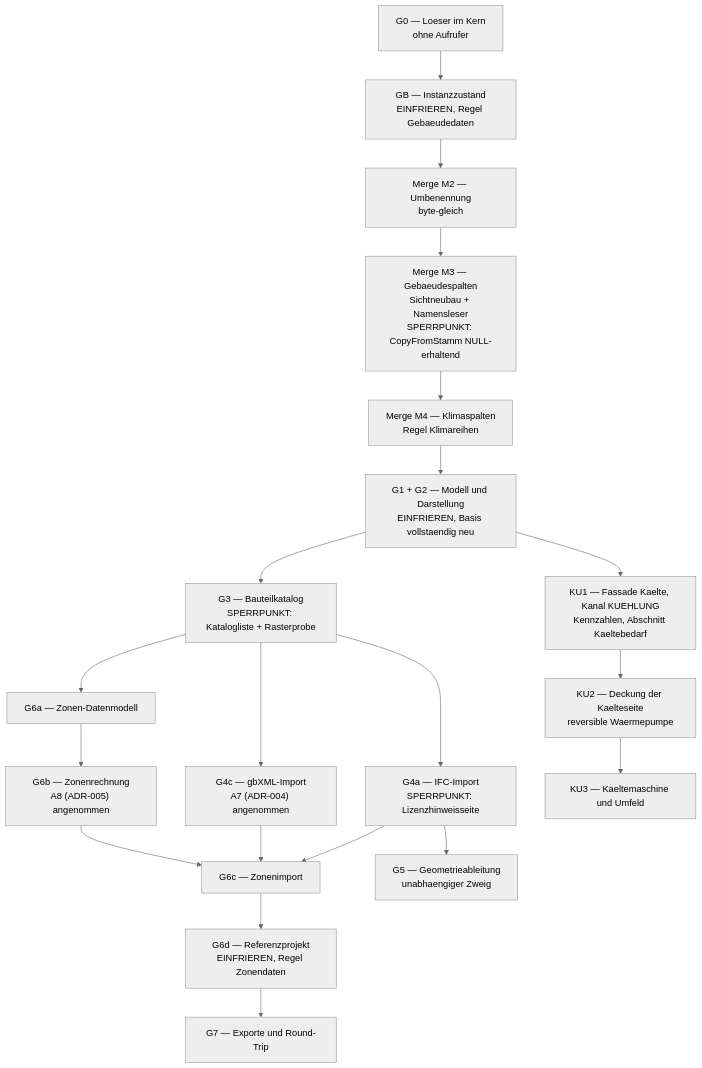
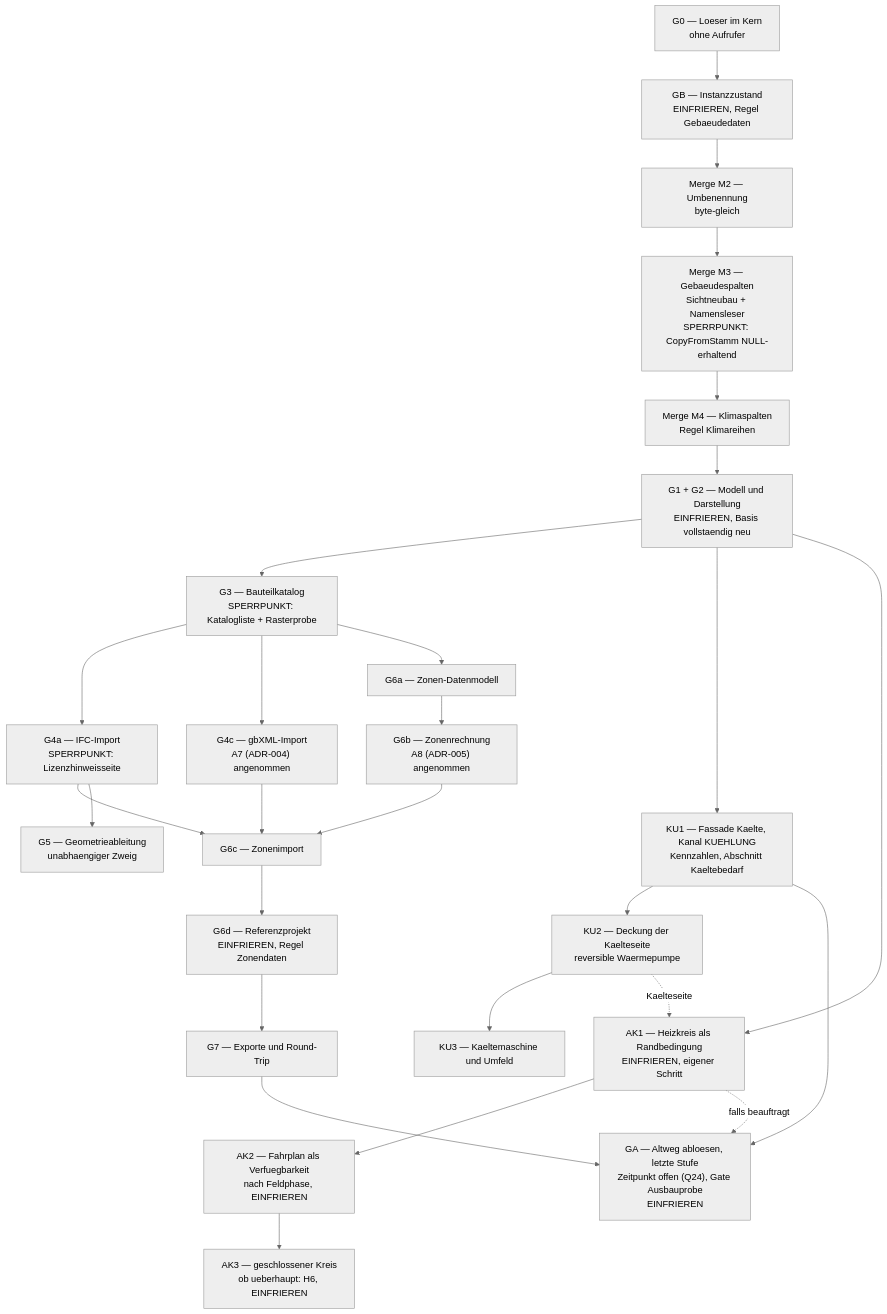
Before and after one commit to inekon/EPOS-Plan: diagram 16 of 16 in Dokumentation/aktuell/Softwarearchitektur_Gebaeudesimulation_EPOS-Plan.md, drawn with Mermaid (neutral theme). The commit also changed other lines of this file and 15 other files, not shown here.

````diff
--- a/Dokumentation/aktuell/Softwarearchitektur_Gebaeudesimulation_EPOS-Plan.md
+++ b/Dokumentation/aktuell/Softwarearchitektur_Gebaeudesimulation_EPOS-Plan.md
@@ -2122,22 +2140,29 @@
 ```mermaid
 flowchart TB
   G0["G0 — Loeser im Kern<br/>ohne Aufrufer"] --> GB["GB — Instanzzustand<br/>EINFRIEREN, Regel Gebaeudedaten"]
   GB --> M2["Merge M2 — Umbenennung<br/>byte-gleich"]
   M2 --> M3["Merge M3 — Gebaeudespalten<br/>Sichtneubau + Namensleser<br/>SPERRPUNKT: CopyFromStamm NULL-erhaltend"]
   M3 --> M4["Merge M4 — Klimaspalten<br/>Regel Klimareihen"]
   M4 --> G12["G1 + G2 — Modell und Darstellung<br/>EINFRIEREN, Basis vollstaendig neu"]
   G12 --> G3["G3 — Bauteilkatalog<br/>SPERRPUNKT: Katalogliste + Rasterprobe"]
   G3 --> G4A["G4a — IFC-Import<br/>SPERRPUNKT: Lizenzhinweisseite"]
   G3 --> G4C["G4c — gbXML-Import<br/>A7 (ADR-004) angenommen"]
   G3 --> G6A["G6a — Zonen-Datenmodell"]
   G4A --> G6C
   G4C --> G6C
   G6A --> G6B["G6b — Zonenrechnung<br/>A8 (ADR-005) angenommen"]
   G6B --> G6C["G6c — Zonenimport"]
   G6C --> G6D["G6d — Referenzprojekt<br/>EINFRIEREN, Regel Zonendaten"]
   G6D --> G7["G7 — Exporte und Round-Trip"]
   G4A --> G5["G5 — Geometrieableitung<br/>unabhaengiger Zweig"]
   G12 --> KU1["KU1 — Fassade Kaelte, Kanal KUEHLUNG<br/>Kennzahlen, Abschnitt Kaeltebedarf"]
   KU1 --> KU2["KU2 — Deckung der Kaelteseite<br/>reversible Waermepumpe"]
   KU2 --> KU3["KU3 — Kaeltemaschine und Umfeld"]
+  G12 --> AK1["AK1 — Heizkreis als Randbedingung<br/>EINFRIEREN, eigener Schritt"]
+  KU2 -.->|Kaelteseite| AK1
+  AK1 --> AK2["AK2 — Fahrplan als Verfuegbarkeit<br/>nach Feldphase, EINFRIEREN"]
+  AK2 --> AK3["AK3 — geschlossener Kreis<br/>ob ueberhaupt: H6, EINFRIEREN"]
+  G7 --> GA["GA — Altweg abloesen, letzte Stufe<br/>Zeitpunkt offen (Q24), Gate Ausbauprobe<br/>EINFRIEREN"]
+  KU1 --> GA
+  AK1 -.->|falls beauftragt| GA
 ```
````
